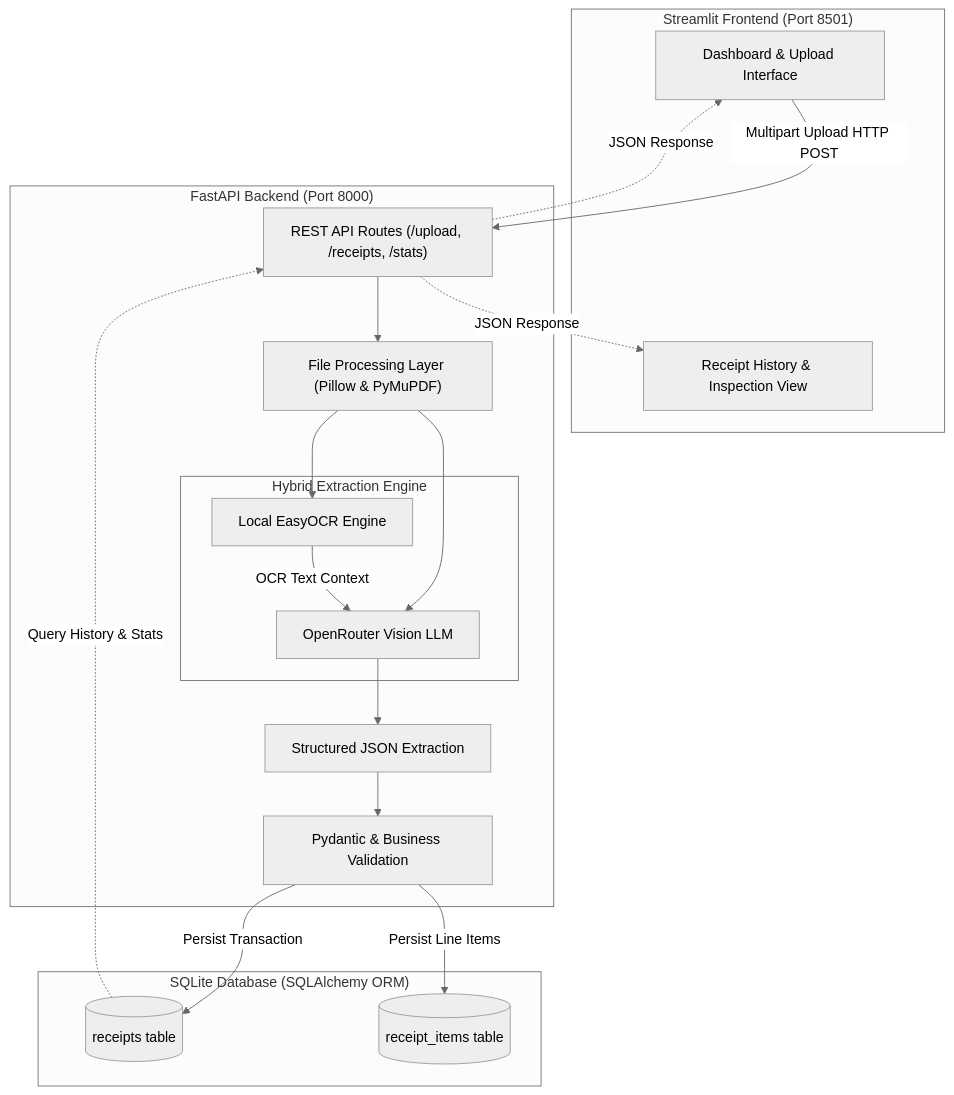
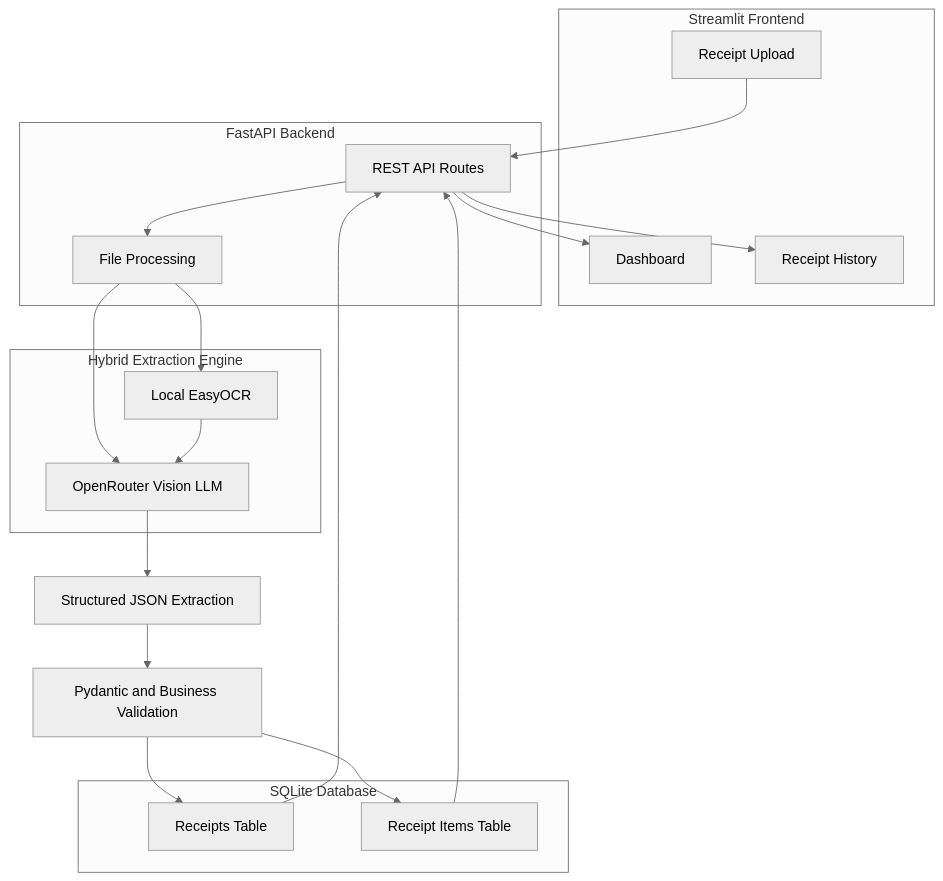
One commit to Manvendra9830/Expense-Dispatcher-Agent-System changed the first of 2 diagrams in README.md. Above: the diagram before and after it, drawn with Mermaid (neutral theme). The commit also changed other lines of this file, not shown here.

Commit message:
docs: fix GitHub Mermaid architecture diagrams

````diff
--- a/README.md
+++ b/README.md
@@ -28,38 +28,40 @@
 ```mermaid
 flowchart TD
-    subgraph Frontend["Streamlit Frontend (Port 8501)"]
-        UI["Dashboard & Upload Interface"]
-        History["Receipt History & Inspection View"]
+    subgraph Frontend["Streamlit Frontend"]
+        Dashboard["Dashboard"]
+        Upload["Receipt Upload"]
+        History["Receipt History"]
     end
 
-    subgraph Backend["FastAPI Backend (Port 8000)"]
-        Routes["REST API Routes (/upload, /receipts, /stats)"]
-        FileProc["File Processing Layer (Pillow & PyMuPDF)"]
-        
-        subgraph HybridEngine["Hybrid Extraction Engine"]
-            OCR["Local EasyOCR Engine"]
-            LLM["OpenRouter Vision LLM"]
-        end
-        
-        JSON["Structured JSON Extraction"]
-        Validation["Pydantic & Business Validation"]
+    subgraph Backend["FastAPI Backend"]
+        Routes["REST API Routes"]
+        FileProc["File Processing"]
     end
 
-    subgraph Database["SQLite Database (SQLAlchemy ORM)"]
-        ReceiptsTable[("receipts table")]
-        ItemsTable[("receipt_items table")]
+    subgraph Engine["Hybrid Extraction Engine"]
+        EasyOCR["Local EasyOCR"]
+        VisionLLM["OpenRouter Vision LLM"]
     end
 
-    UI -->|Multipart Upload HTTP POST| Routes
+    JSON["Structured JSON Extraction"]
+    Validation["Pydantic and Business Validation"]
+
+    subgraph Database["SQLite Database"]
+        Receipts["Receipts Table"]
+        ReceiptItems["Receipt Items Table"]
+    end
+
+    Upload --> Routes
     Routes --> FileProc
-    FileProc --> OCR
-    FileProc --> LLM
-    OCR -->|OCR Text Context| LLM
-    LLM --> JSON
+    FileProc --> EasyOCR
+    FileProc --> VisionLLM
+    EasyOCR --> VisionLLM
+    VisionLLM --> JSON
     JSON --> Validation
-    Validation -->|Persist Transaction| ReceiptsTable
-    Validation -->|Persist Line Items| ItemsTable
-    ReceiptsTable -.->|Query History & Stats| Routes
-    Routes -.->|JSON Response| UI
-    Routes -.->|JSON Response| History
+    Validation --> Receipts
+    Validation --> ReceiptItems
+    Receipts --> Routes
+    ReceiptItems --> Routes
+    Routes --> Dashboard
+    Routes --> History
 ```
````
